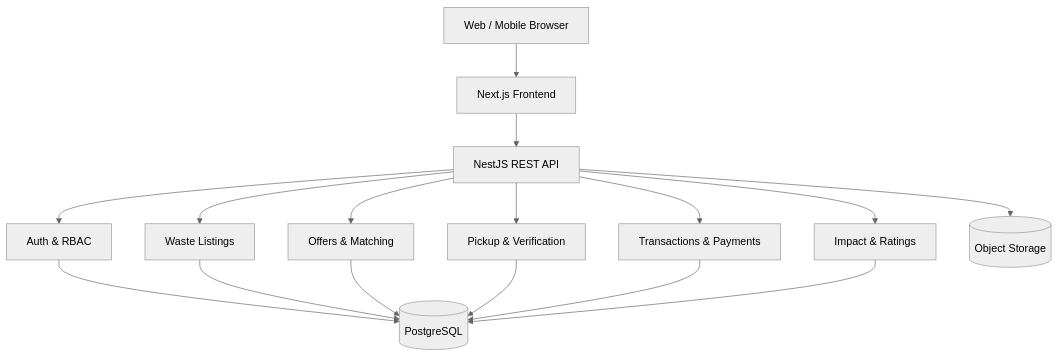
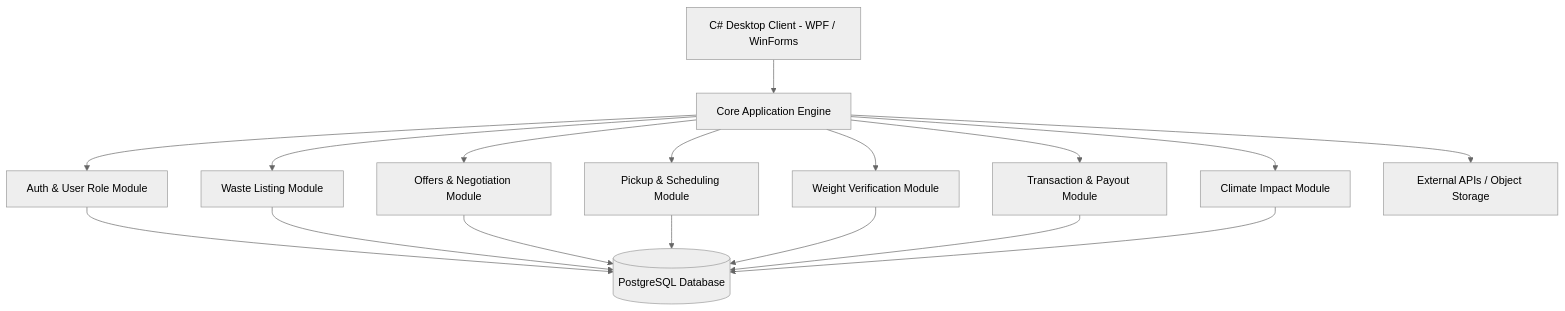
One commit to akhnafyooga/ABAH-junpro changed the diagram in README.md. Above: the diagram before and after it, drawn with Mermaid (neutral theme). The commit also changed other lines of this file, not shown here.

````diff
--- a/README.md
+++ b/README.md
@@ -85,19 +87,22 @@
 ```mermaid
 graph TD
-    Client[Web / Mobile Browser] --> FE[Next.js Frontend]
-    FE --> API[NestJS REST API]
-    API --> AUTH[Auth & RBAC]
-    API --> LIST[Waste Listings]
-    API --> OFFER[Offers & Matching]
-    API --> PICK[Pickup & Verification]
-    API --> TX[Transactions & Payments]
-    API --> IMP[Impact & Ratings]
+    Client[C# Desktop Client - WPF / WinForms] --> Core[Core Application Engine]
+    
+    Core --> AUTH[Auth & User Role Module]
+    Core --> LIST[Waste Listing Module]
+    Core --> OFFER[Offers & Negotiation Module]
+    Core --> PICK[Pickup & Scheduling Module]
+    Core --> VERIF[Weight Verification Module]
+    Core --> TX[Transaction & Payout Module]
+    Core --> IMP[Climate Impact Module]
 
-    AUTH --> DB[(PostgreSQL)]
+    AUTH --> DB[(PostgreSQL Database)]
     LIST --> DB
     OFFER --> DB
     PICK --> DB
+    VERIF --> DB
     TX --> DB
     IMP --> DB
-    API --> MEDIA[(Object Storage)]
+
+    Core --> EXT[External APIs / Object Storage]
 ```
````
